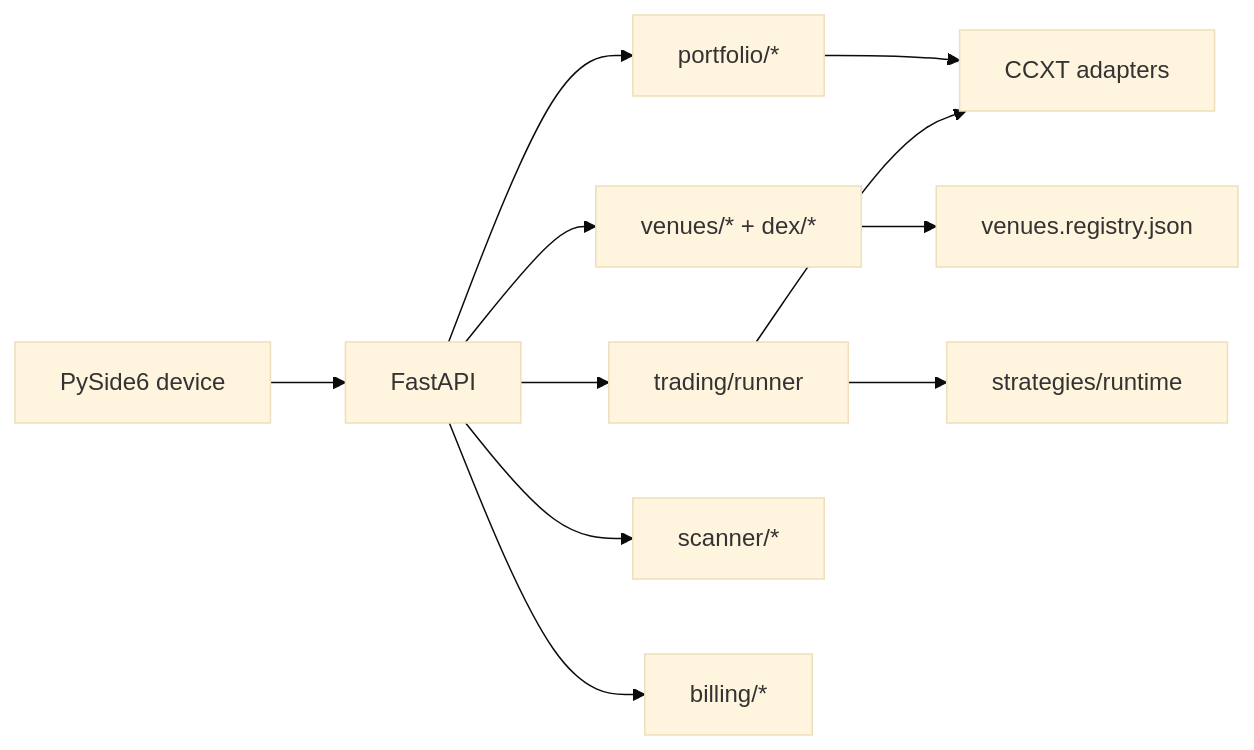
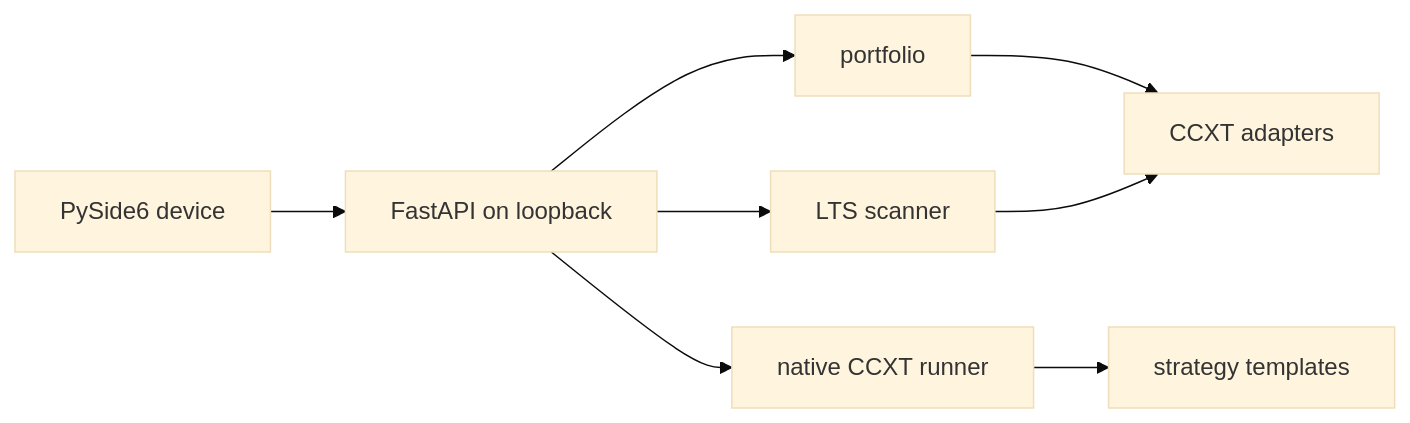
The diagram in README.md (edwardlthompson/trendalgo-bot), drawn with Mermaid (base theme) before and after one commit. The commit also changed other lines of this file and 3 other files, not shown here.

First line of the commit message:
docs: rewrite README as a native CCXT pitch

````diff
--- a/README.md
+++ b/README.md
@@ -270,14 +100,10 @@
 ```mermaid
 flowchart LR
-  Device[PySide6 device] --> API[FastAPI]
-  API --> Portfolio[portfolio/*]
-  API --> Venues[venues/* + dex/*]
-  API --> Runner[trading/runner]
-  API --> Scanner[scanner/*]
-  API --> Billing[billing/*]
+  Device[PySide6 device] --> API[FastAPI on loopback]
+  API --> Portfolio[portfolio]
+  API --> Runner[native CCXT runner]
+  API --> Scanner[LTS scanner]
+  Runner --> Strategies[strategy templates]
   Portfolio --> CCXT[CCXT adapters]
-  Venues --> Registry[venues.registry.json]
-  Runner --> CCXT
-  Runner --> Strategies[strategies/runtime]
-
+  Scanner --> CCXT
 ```
````
